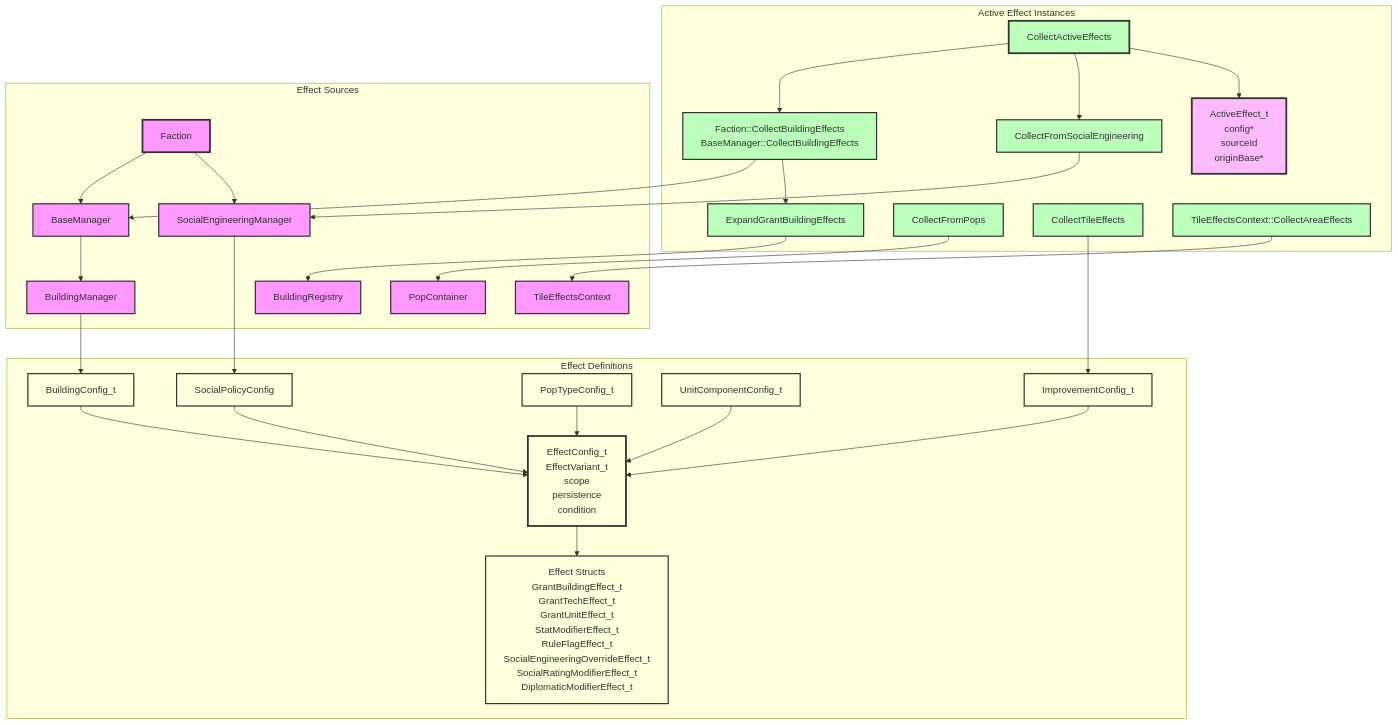
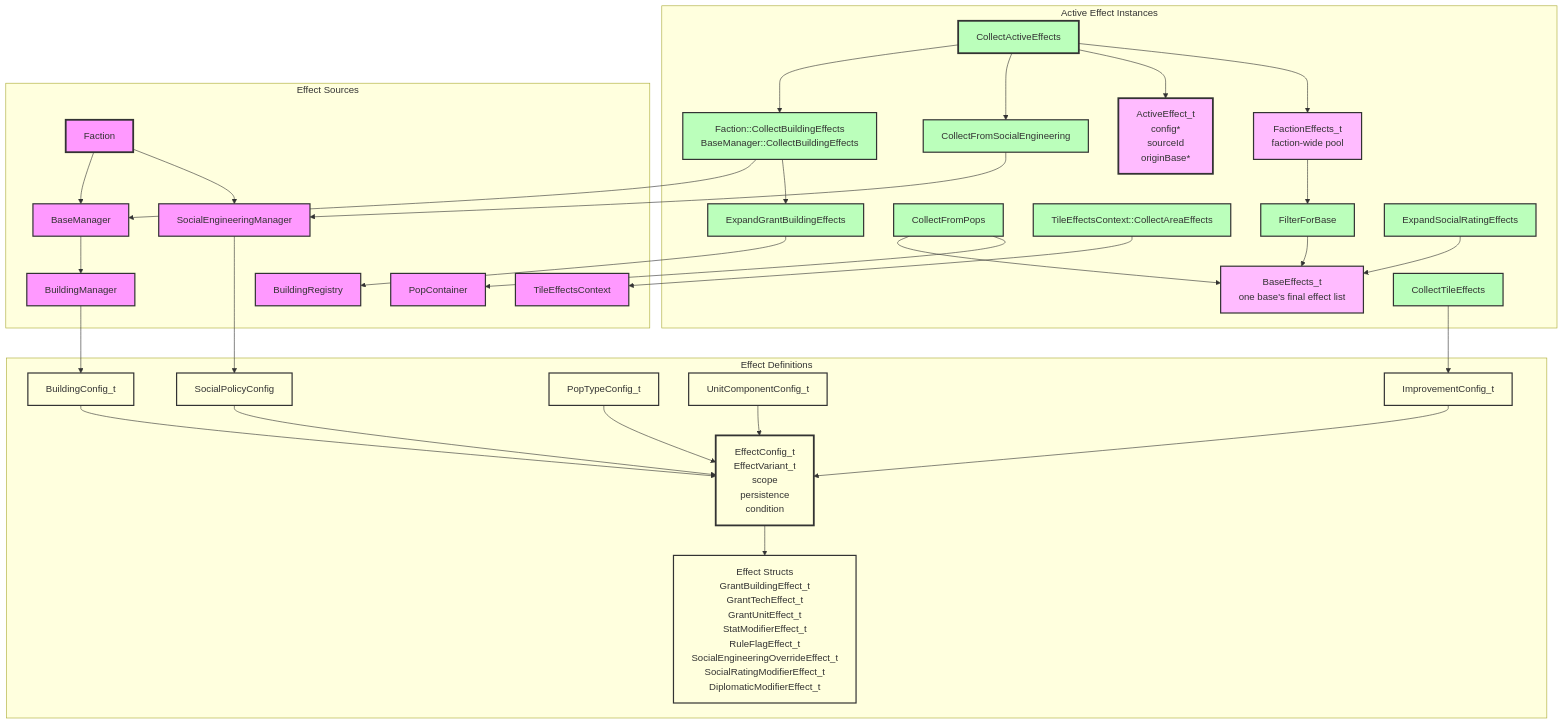
Before and after one commit to kilianloftis/alpha-centauri: the diagram in docs/architecture/effects-system.md, drawn with Mermaid. The commit also changed other lines of this file and 32 other files, not shown here.

```diff
--- a/docs/architecture/effects-system.md
+++ b/docs/architecture/effects-system.md
@@ -14,6 +14,8 @@
 
     subgraph "Active Effect Instances"
         ActiveEffect[ActiveEffect_t<br/>config*<br/>sourceId<br/>originBase*]
+        FactionEffects[FactionEffects_t<br/>faction-wide pool]
+        BaseEffects[BaseEffects_t<br/>one base's final effect list]
         CollectActiveEffects[CollectActiveEffects]
         CollectBuildingEffects[Faction::CollectBuildingEffects<br/>BaseManager::CollectBuildingEffects]
         ExpandGrantBuilding[ExpandGrantBuildingEffects]
@@ -21,6 +23,8 @@
         CollectFromPops[CollectFromPops]
         CollectTileEffects[CollectTileEffects]
         CollectAreaEffects[TileEffectsContext::CollectAreaEffects]
+        FilterForBase[FilterForBase]
+        ExpandRatingEffects[ExpandSocialRatingEffects]
     end
 
     subgraph "Effect Sources"
@@ -52,6 +56,11 @@
     CollectActiveEffects --> CollectBuildingEffects
     CollectActiveEffects --> CollectFromSocialEngineering
     CollectActiveEffects --> ActiveEffect
+    CollectActiveEffects --> FactionEffects
+    FactionEffects --> FilterForBase
+    FilterForBase --> BaseEffects
+    CollectFromPops --> BaseEffects
+    ExpandRatingEffects --> BaseEffects
     CollectFromPops --> PopContainer
     CollectAreaEffects --> TileEffectsContext
     CollectTileEffects --> ImprovementConfig
@@ -64,6 +73,10 @@
     style EffectConfig fill:#ffd,stroke:#333,stroke-width:3px
     style EffectStructs fill:#ffd,stroke:#333,stroke-width:2px
     style ActiveEffect fill:#fbf,stroke:#333,stroke-width:3px
+    style FactionEffects fill:#fbf,stroke:#333,stroke-width:2px
+    style BaseEffects fill:#fbf,stroke:#333,stroke-width:2px
+    style FilterForBase fill:#bfb,stroke:#333,stroke-width:2px
+    style ExpandRatingEffects fill:#bfb,stroke:#333,stroke-width:2px
     style CollectActiveEffects fill:#bfb,stroke:#333,stroke-width:3px
     style CollectBuildingEffects fill:#bfb,stroke:#333,stroke-width:2px
     style ExpandGrantBuilding fill:#bfb,stroke:#333,stroke-width:2px
```
